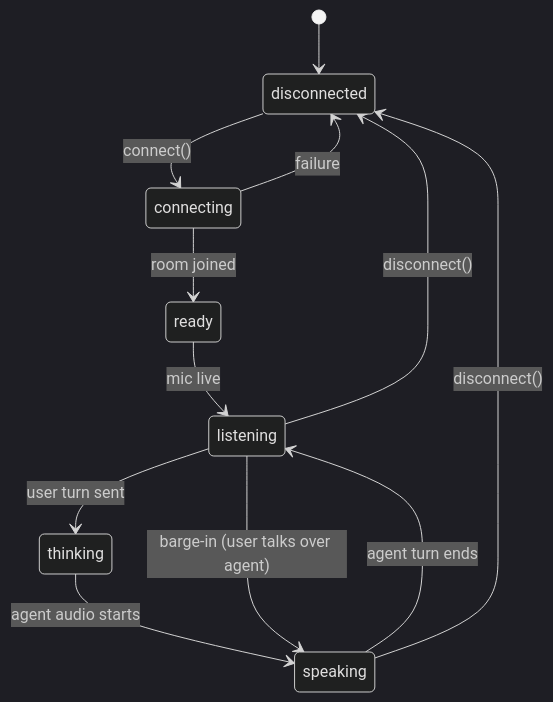
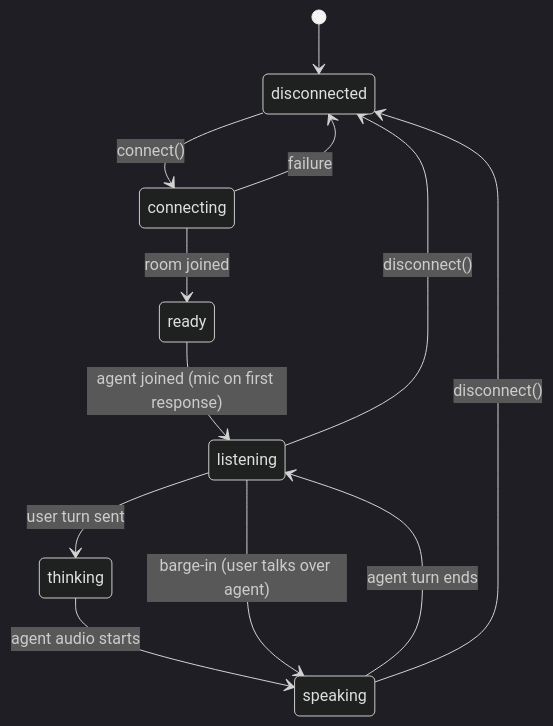
The third of 14 diagrams in docs/ARCHITECTURE.md (suhailps93/ayma-v2), drawn with Mermaid (dark theme) before and after one commit. The commit also changed other lines of this file and 9 other files, not shown here.

````diff
--- a/docs/ARCHITECTURE.md
+++ b/docs/ARCHITECTURE.md
@@ -601,14 +601,14 @@
 ```mermaid
 stateDiagram-v2
   [*] --> disconnected
   disconnected --> connecting: connect()
   connecting --> ready: room joined
   connecting --> disconnected: failure
-  ready --> listening: mic live
+  ready --> listening: agent joined (mic on first response)
   listening --> thinking: user turn sent
   thinking --> speaking: agent audio starts
   speaking --> listening: agent turn ends
   listening --> speaking: barge-in (user talks over agent)
   listening --> disconnected: disconnect()
   speaking --> disconnected: disconnect()
 ```
````
